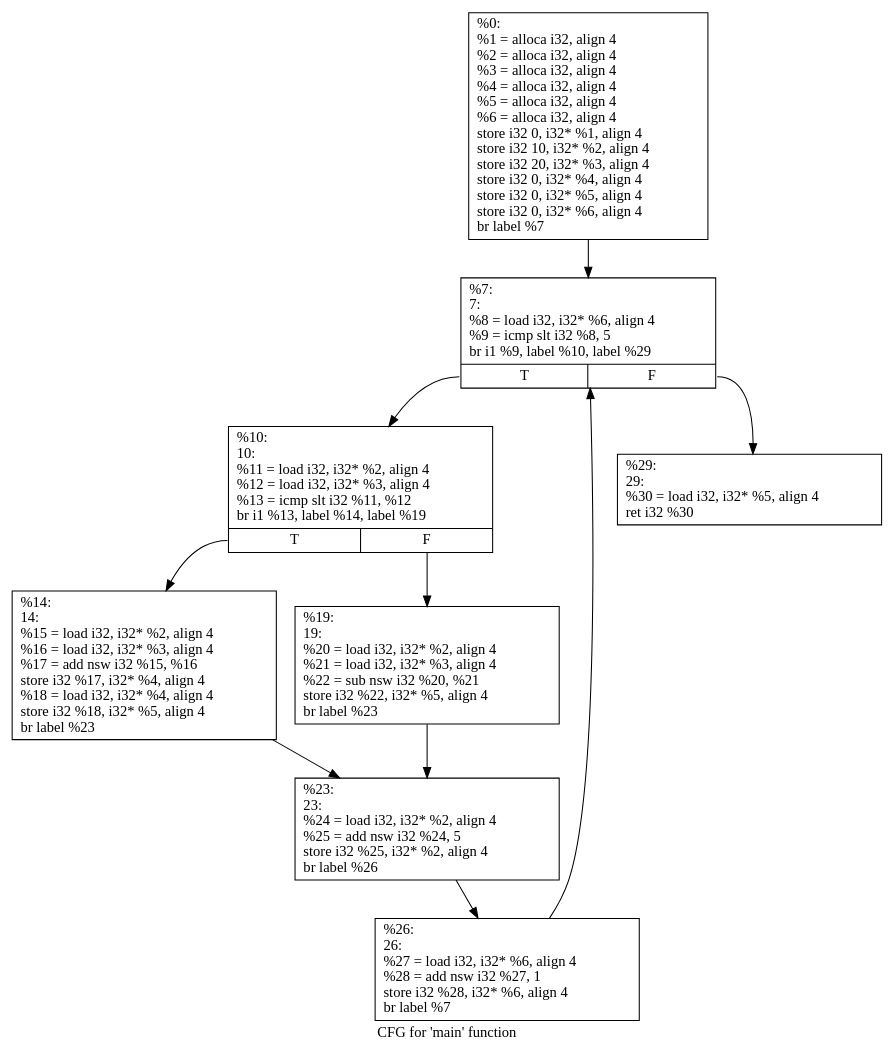
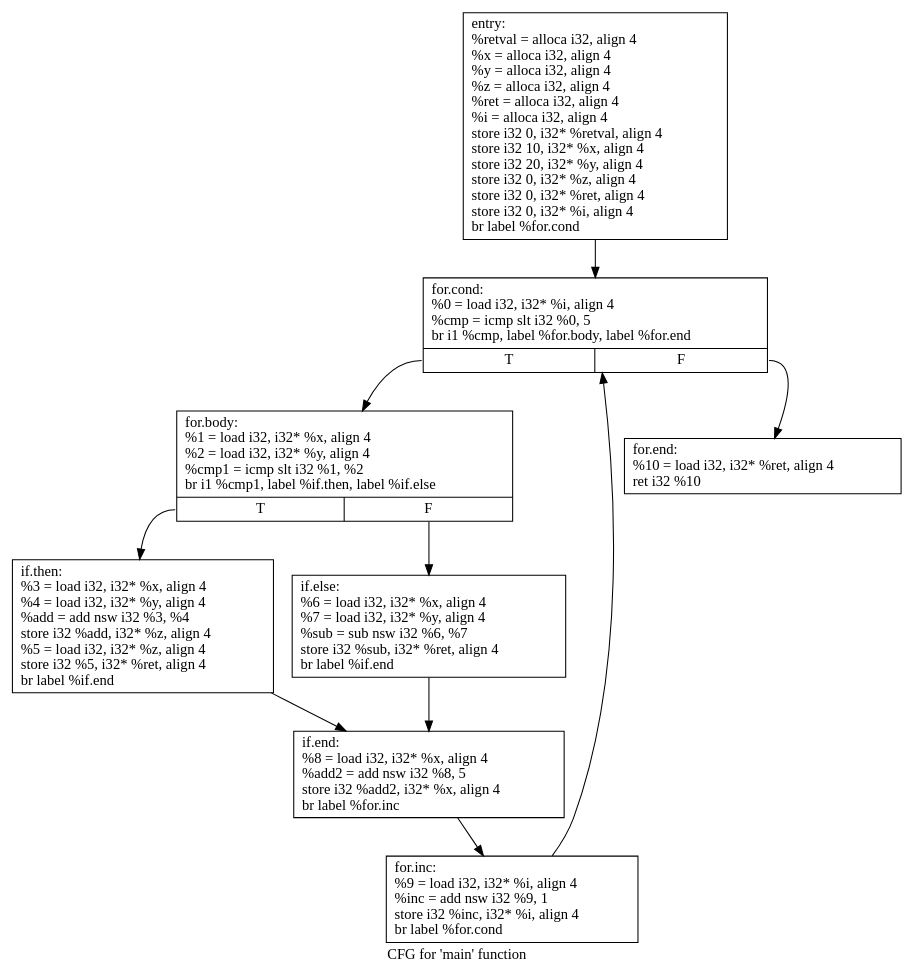
The diagram in CFG/.main.dot (MarshalStewart/EECE5183_presentation), drawn with Graphviz before and after one commit. The commit also changed 40 other files, not shown here.

```diff
--- a/CFG/.main.dot
+++ b/CFG/.main.dot
@@ -1,21 +1,21 @@
 digraph "CFG for 'main' function" {
 	label="CFG for 'main' function";
 
-	Node0x27ec630 [shape=record,label="{%0:\l  %1 = alloca i32, align 4\l  %2 = alloca i32, align 4\l  %3 = alloca i32, align 4\l  %4 = alloca i32, align 4\l  %5 = alloca i32, align 4\l  %6 = alloca i32, align 4\l  store i32 0, i32* %1, align 4\l  store i32 10, i32* %2, align 4\l  store i32 20, i32* %3, align 4\l  store i32 0, i32* %4, align 4\l  store i32 0, i32* %5, align 4\l  store i32 0, i32* %6, align 4\l  br label %7\l}"];
-	Node0x27ec630 -> Node0x27ed340;
-	Node0x27ed340 [shape=record,label="{%7:\l7:                                                \l  %8 = load i32, i32* %6, align 4\l  %9 = icmp slt i32 %8, 5\l  br i1 %9, label %10, label %29\l|{<s0>T|<s1>F}}"];
-	Node0x27ed340:s0 -> Node0x27eced0;
-	Node0x27ed340:s1 -> Node0x27ed4f0;
-	Node0x27eced0 [shape=record,label="{%10:\l10:                                               \l  %11 = load i32, i32* %2, align 4\l  %12 = load i32, i32* %3, align 4\l  %13 = icmp slt i32 %11, %12\l  br i1 %13, label %14, label %19\l|{<s0>T|<s1>F}}"];
-	Node0x27eced0:s0 -> Node0x27ed6b0;
-	Node0x27eced0:s1 -> Node0x27ed700;
-	Node0x27ed6b0 [shape=record,label="{%14:\l14:                                               \l  %15 = load i32, i32* %2, align 4\l  %16 = load i32, i32* %3, align 4\l  %17 = add nsw i32 %15, %16\l  store i32 %17, i32* %4, align 4\l  %18 = load i32, i32* %4, align 4\l  store i32 %18, i32* %5, align 4\l  br label %23\l}"];
-	Node0x27ed6b0 -> Node0x27eda20;
-	Node0x27ed700 [shape=record,label="{%19:\l19:                                               \l  %20 = load i32, i32* %2, align 4\l  %21 = load i32, i32* %3, align 4\l  %22 = sub nsw i32 %20, %21\l  store i32 %22, i32* %5, align 4\l  br label %23\l}"];
-	Node0x27ed700 -> Node0x27eda20;
-	Node0x27eda20 [shape=record,label="{%23:\l23:                                               \l  %24 = load i32, i32* %2, align 4\l  %25 = add nsw i32 %24, 5\l  store i32 %25, i32* %2, align 4\l  br label %26\l}"];
-	Node0x27eda20 -> Node0x27ede30;
-	Node0x27ede30 [shape=record,label="{%26:\l26:                                               \l  %27 = load i32, i32* %6, align 4\l  %28 = add nsw i32 %27, 1\l  store i32 %28, i32* %6, align 4\l  br label %7\l}"];
-	Node0x27ede30 -> Node0x27ed340;
-	Node0x27ed4f0 [shape=record,label="{%29:\l29:                                               \l  %30 = load i32, i32* %5, align 4\l  ret i32 %30\l}"];
+	Node0x92f6b0 [shape=record,label="{entry:\l  %retval = alloca i32, align 4\l  %x = alloca i32, align 4\l  %y = alloca i32, align 4\l  %z = alloca i32, align 4\l  %ret = alloca i32, align 4\l  %i = alloca i32, align 4\l  store i32 0, i32* %retval, align 4\l  store i32 10, i32* %x, align 4\l  store i32 20, i32* %y, align 4\l  store i32 0, i32* %z, align 4\l  store i32 0, i32* %ret, align 4\l  store i32 0, i32* %i, align 4\l  br label %for.cond\l}"];
+	Node0x92f6b0 -> Node0x9304b0;
+	Node0x9304b0 [shape=record,label="{for.cond:                                         \l  %0 = load i32, i32* %i, align 4\l  %cmp = icmp slt i32 %0, 5\l  br i1 %cmp, label %for.body, label %for.end\l|{<s0>T|<s1>F}}"];
+	Node0x9304b0:s0 -> Node0x9306d0;
+	Node0x9304b0:s1 -> Node0x9307b0;
+	Node0x9306d0 [shape=record,label="{for.body:                                         \l  %1 = load i32, i32* %x, align 4\l  %2 = load i32, i32* %y, align 4\l  %cmp1 = icmp slt i32 %1, %2\l  br i1 %cmp1, label %if.then, label %if.else\l|{<s0>T|<s1>F}}"];
+	Node0x9306d0:s0 -> Node0x9309a0;
+	Node0x9306d0:s1 -> Node0x930bf0;
+	Node0x9309a0 [shape=record,label="{if.then:                                          \l  %3 = load i32, i32* %x, align 4\l  %4 = load i32, i32* %y, align 4\l  %add = add nsw i32 %3, %4\l  store i32 %add, i32* %z, align 4\l  %5 = load i32, i32* %z, align 4\l  store i32 %5, i32* %ret, align 4\l  br label %if.end\l}"];
+	Node0x9309a0 -> Node0x930f60;
+	Node0x930bf0 [shape=record,label="{if.else:                                          \l  %6 = load i32, i32* %x, align 4\l  %7 = load i32, i32* %y, align 4\l  %sub = sub nsw i32 %6, %7\l  store i32 %sub, i32* %ret, align 4\l  br label %if.end\l}"];
+	Node0x930bf0 -> Node0x930f60;
+	Node0x930f60 [shape=record,label="{if.end:                                           \l  %8 = load i32, i32* %x, align 4\l  %add2 = add nsw i32 %8, 5\l  store i32 %add2, i32* %x, align 4\l  br label %for.inc\l}"];
+	Node0x930f60 -> Node0x930d20;
+	Node0x930d20 [shape=record,label="{for.inc:                                          \l  %9 = load i32, i32* %i, align 4\l  %inc = add nsw i32 %9, 1\l  store i32 %inc, i32* %i, align 4\l  br label %for.cond\l}"];
+	Node0x930d20 -> Node0x9304b0;
+	Node0x9307b0 [shape=record,label="{for.end:                                          \l  %10 = load i32, i32* %ret, align 4\l  ret i32 %10\l}"];
 }
```
